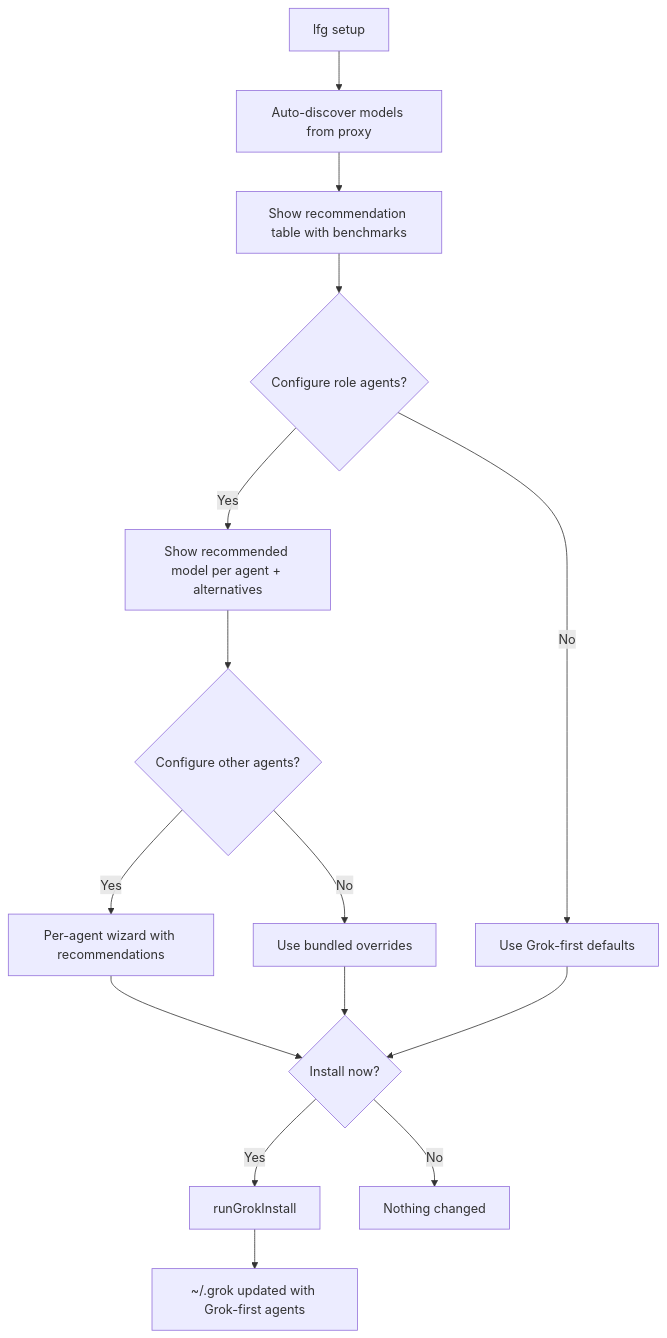
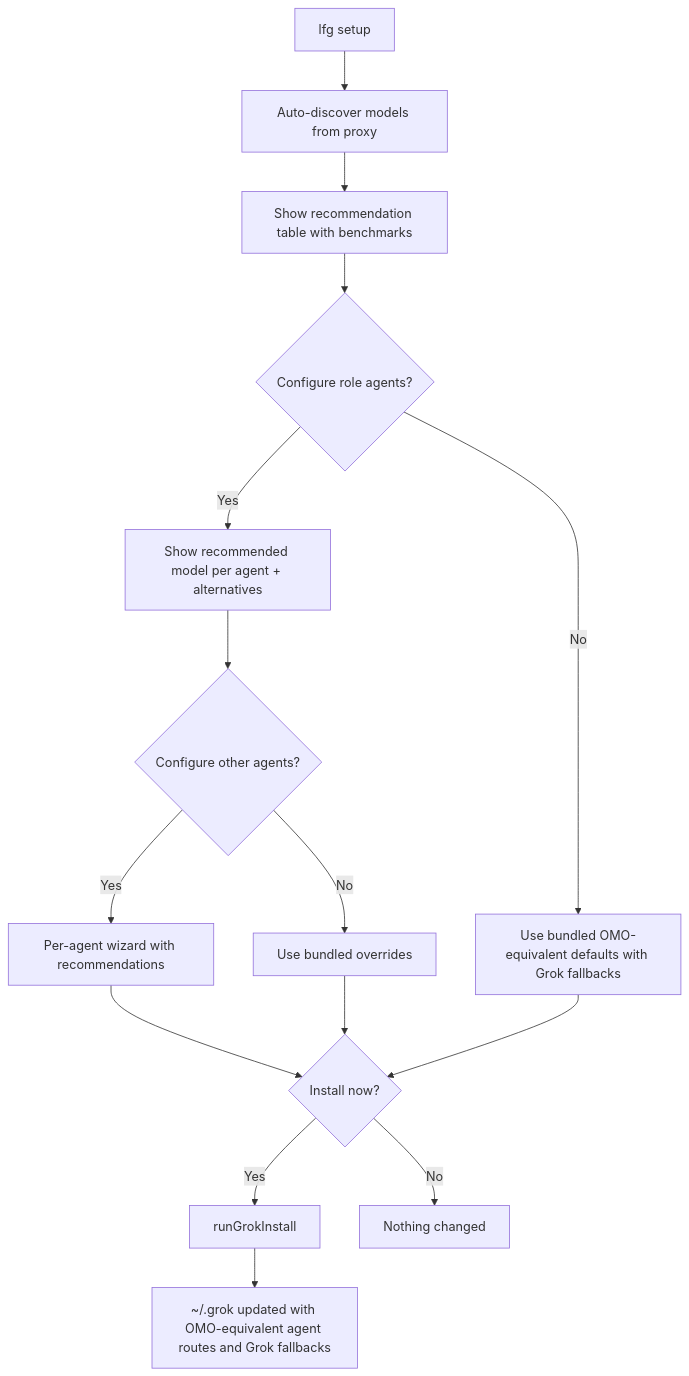
One commit to islee23520/lfg changed the third of 3 diagrams in AGENT-STRUCTURE-EDM.md. Above: the diagram before and after it, drawn with Mermaid. The commit also changed other lines of this file and 6 other files, not shown here.

````diff
--- a/AGENT-STRUCTURE-EDM.md
+++ b/AGENT-STRUCTURE-EDM.md
@@ -196,18 +196,18 @@
 ```mermaid
 flowchart TD
     S[lfg setup] --> DISC[Auto-discover models from proxy]
     DISC --> REC[Show recommendation table with benchmarks]
     REC --> ROLE{Configure role agents?}
     ROLE -->|Yes| CFG[Show recommended model per agent + alternatives]
-    ROLE -->|No| DEF[Use Grok-first defaults]
+    ROLE -->|No| DEF[Use bundled OMO-equivalent defaults with Grok fallbacks]
     CFG --> AGT{Configure other agents?}
     AGT -->|Yes| WIZ[Per-agent wizard with recommendations]
     AGT -->|No| DEF2[Use bundled overrides]
     WIZ --> CONF
     DEF --> CONF
     DEF2 --> CONF
     CONF{Install now?}
     CONF -->|Yes| INSTALL[runGrokInstall]
     CONF -->|No| SKIP[Nothing changed]
-    INSTALL --> DONE[~/.grok updated with Grok-first agents]
+    INSTALL --> DONE[~/.grok updated with OMO-equivalent agent routes and Grok fallbacks]
 ```
````
